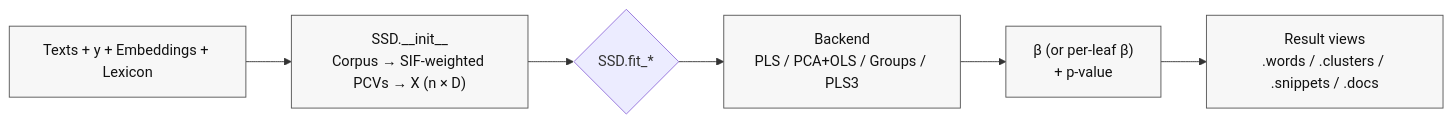
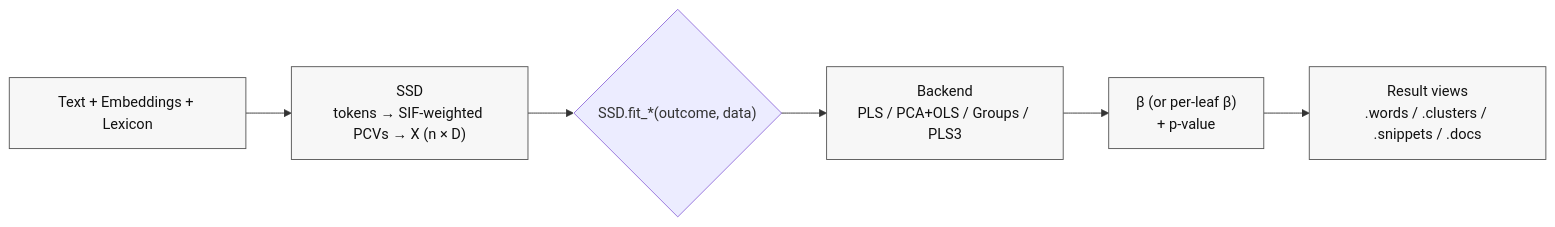
Before and after one commit to hplisiecki/Supervised-Semantic-Differential: the diagram in docs/architecture.md, drawn with Mermaid. The commit also changed other lines of this file and 117 other files, not shown here.

````diff
--- a/docs/architecture.md
+++ b/docs/architecture.md
@@ -386,11 +409,11 @@
 ```mermaid
 flowchart LR
-    inputs["Texts + y + Embeddings + Lexicon"] --> pcv["SSD.__init__<br/>Corpus → SIF-weighted PCVs → X (n × D)"]
-    pcv --> fit{"SSD.fit_*"}
+    inputs["Text + Embeddings + Lexicon"] --> pcv["SSD<br/>tokens → SIF-weighted PCVs → X (n × D)"]
+    pcv --> fit{"SSD.fit_*(outcome, data)"}
     fit --> backend["Backend<br/>PLS / PCA+OLS / Groups / PLS3"]
     backend --> beta["β (or per-leaf β)<br/>+ p-value"]
     beta --> interp["Result views<br/>.words / .clusters / .snippets / .docs"]
 
     classDef step fill:#f7f7f7,stroke:#555,stroke-width:1px,color:#111
     class inputs,pcv,backend,beta,interp step
 ```
````
